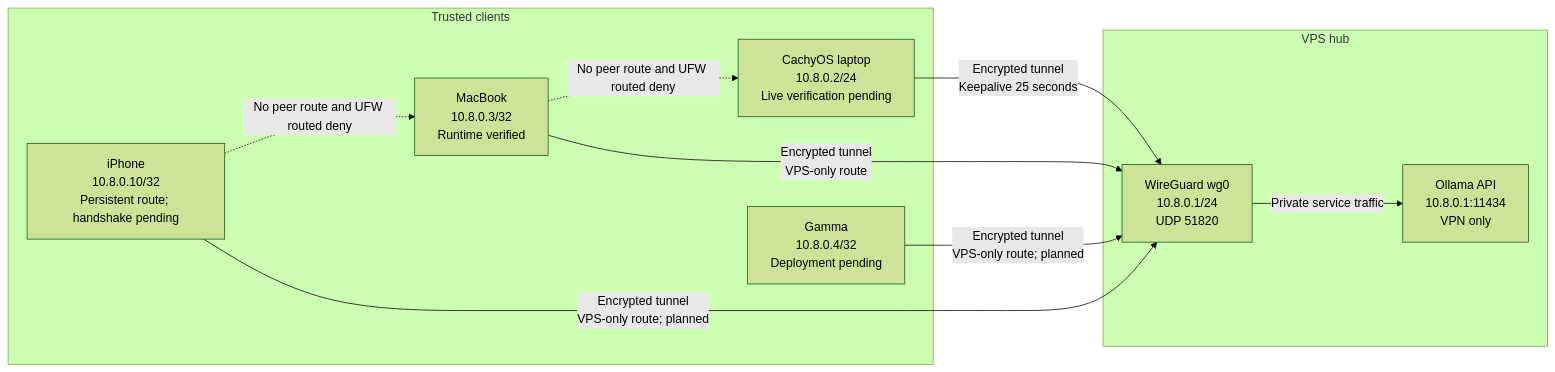
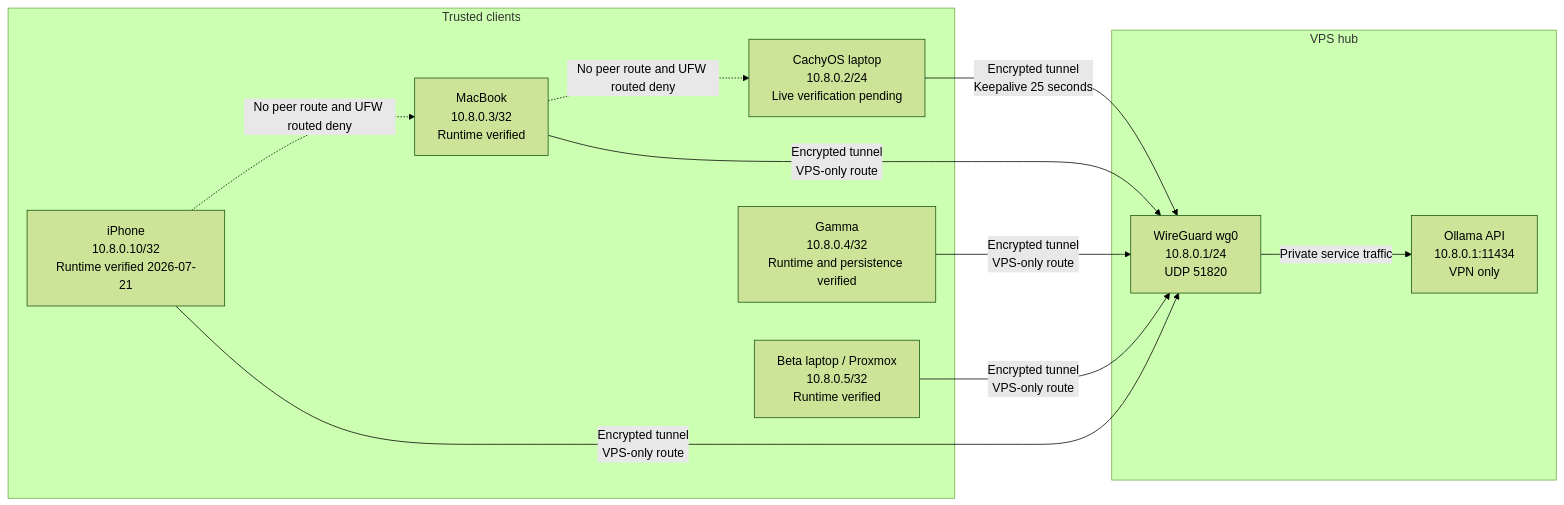
Before and after one commit to Manuel0516/zero-five-handbook: the diagram in content/docs/vps-alpha/wireguard.mdx, drawn with Mermaid (forest theme). The commit also changed other lines of this file and 16 other files, not shown here.

Commit message:
adding beta laptop

````diff
--- a/content/docs/vps-alpha/wireguard.mdx
+++ b/content/docs/vps-alpha/wireguard.mdx
@@ -15,22 +15,24 @@
 ```mermaid
 flowchart LR
     subgraph clients["Trusted clients"]
         cachyos["CachyOS laptop<br/>10.8.0.2/24<br/>Live verification pending"]
         macbook["MacBook<br/>10.8.0.3/32<br/>Runtime verified"]
-        gamma["Gamma<br/>10.8.0.4/32<br/>Deployment pending"]
-        iphone["iPhone<br/>10.8.0.10/32<br/>Persistent route; handshake pending"]
+        gamma["Gamma<br/>10.8.0.4/32<br/>Runtime and persistence verified"]
+        beta["Beta laptop / Proxmox<br/>10.8.0.5/32<br/>Runtime verified"]
+        iphone["iPhone<br/>10.8.0.10/32<br/>Runtime verified 2026-07-21"]
     end
 
     subgraph vps["VPS hub"]
         wg["WireGuard wg0<br/>10.8.0.1/24<br/>UDP 51820"]
         ollama["Ollama API<br/>10.8.0.1:11434<br/>VPN only"]
     end
 
     cachyos -->|"Encrypted tunnel<br/>Keepalive 25 seconds"| wg
     macbook -->|"Encrypted tunnel<br/>VPS-only route"| wg
-    gamma -->|"Encrypted tunnel<br/>VPS-only route; planned"| wg
-    iphone -->|"Encrypted tunnel<br/>VPS-only route; planned"| wg
+    gamma -->|"Encrypted tunnel<br/>VPS-only route"| wg
+    beta -->|"Encrypted tunnel<br/>VPS-only route"| wg
+    iphone -->|"Encrypted tunnel<br/>VPS-only route"| wg
     wg -->|"Private service traffic"| ollama
     macbook -. "No peer route and UFW routed deny" .-> cachyos
     iphone -. "No peer route and UFW routed deny" .-> macbook
 ```
````
